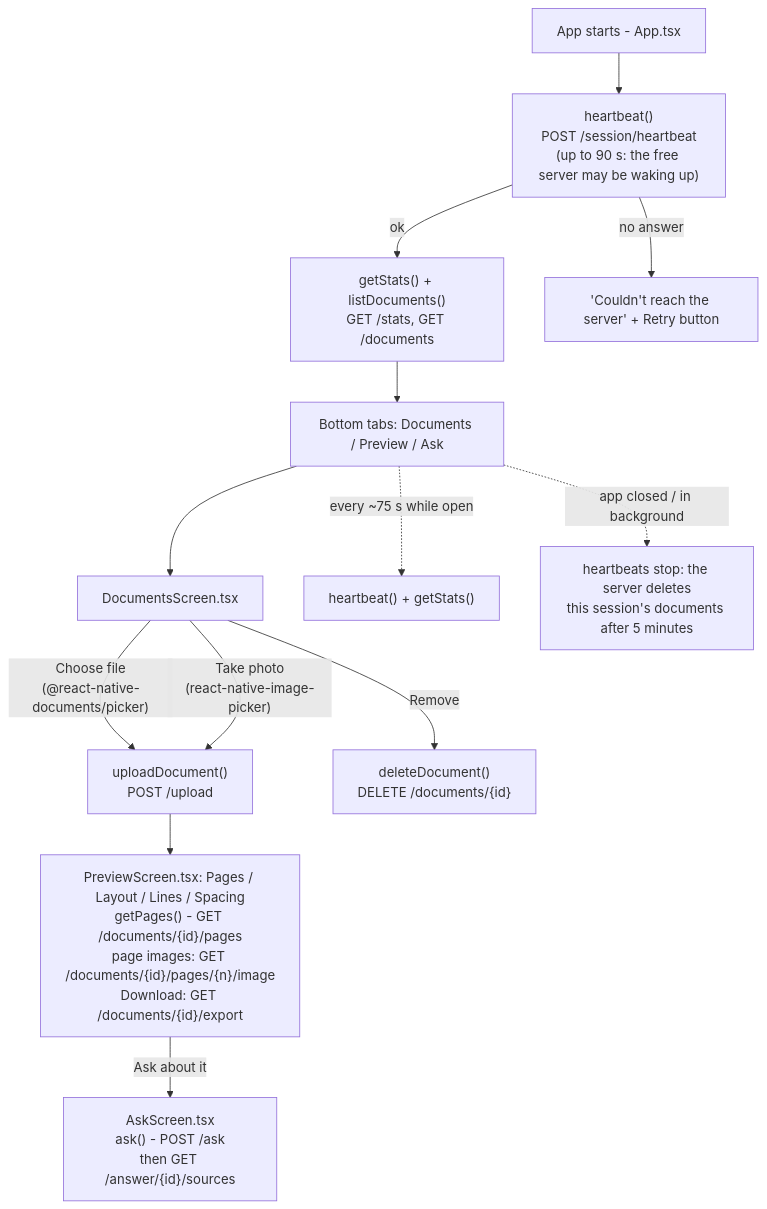
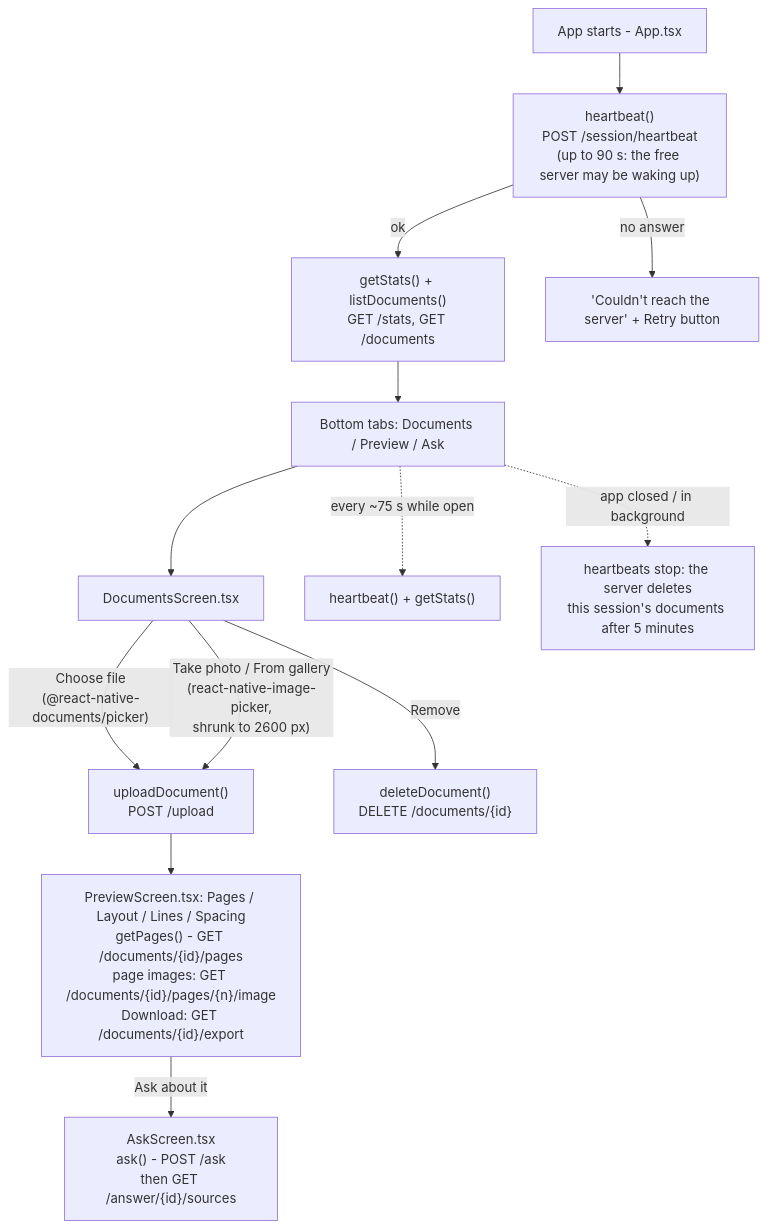
One commit to om-upadhye/DocBlendAI changed the diagram in mobile/README.md. Above: the diagram before and after it, drawn with Mermaid. The commit also changed other lines of this file and 10 other files, not shown here.

````diff
--- a/mobile/README.md
+++ b/mobile/README.md
@@ -24,17 +24,17 @@
 ```mermaid
 flowchart TD
     Start["App starts - App.tsx"] --> HB["heartbeat()<br/>POST /session/heartbeat<br/>(up to 90 s: the free server may be waking up)"]
     HB -- ok --> Load["getStats() + listDocuments()<br/>GET /stats, GET /documents"]
     HB -- "no answer" --> Retry["'Couldn't reach the server' + Retry button"]
     Load --> Tabs["Bottom tabs: Documents / Preview / Ask"]
 
     Tabs --> D["DocumentsScreen.tsx"]
     D -- "Choose file<br/>(@react-native-documents/picker)" --> U["uploadDocument()<br/>POST /upload"]
-    D -- "Take photo<br/>(react-native-image-picker)" --> U
+    D -- "Take photo / From gallery<br/>(react-native-image-picker,<br/>shrunk to 2600 px)" --> U
     U --> P["PreviewScreen.tsx: Pages / Layout / Lines / Spacing<br/>getPages() - GET /documents/{id}/pages<br/>page images: GET /documents/{id}/pages/{n}/image<br/>Download: GET /documents/{id}/export"]
     P -- "Ask about it" --> A["AskScreen.tsx<br/>ask() - POST /ask<br/>then GET /answer/{id}/sources"]
     D -- Remove --> Del["deleteDocument()<br/>DELETE /documents/{id}"]
 
     Tabs -. "every ~75 s while open" .-> Beat["heartbeat() + getStats()"]
     Tabs -. "app closed / in background" .-> Gone["heartbeats stop: the server deletes<br/>this session's documents after 5 minutes"]
 ```
````
